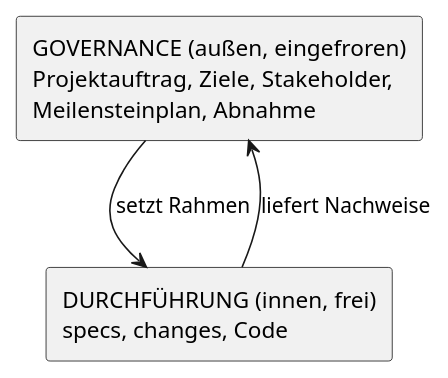
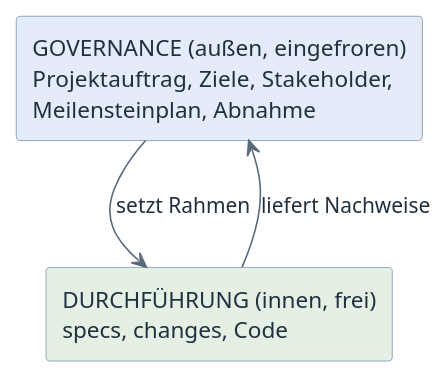
The diagram in templates/governance/antragsfelder-und-openspec.adoc (htl-leonding-college/curriculum-syp3), drawn with PlantUML before and after one commit. The commit also changed other lines of this file and 6 other files, not shown here.

```diff
--- a/templates/governance/antragsfelder-und-openspec.adoc
+++ b/templates/governance/antragsfelder-und-openspec.adoc
@@ -20,11 +20,14 @@
 [plantuml,ebenen,svg]
 ----
 @startuml
-skinparam monochrome true
+<style>
+element { BackgroundColor #EDF3FA; LineColor #7C93AD; FontColor #21303F }
+arrow { LineColor #5A6B7D; FontColor #21303F }
+</style>
 skinparam shadowing false
-rectangle "GOVERNANCE (außen, eingefroren)\nProjektauftrag, Ziele, Stakeholder,\nMeilensteinplan, Abnahme" as G
-rectangle "DURCHFÜHRUNG (innen, frei)\nspecs, changes, Code" as D
+rectangle "GOVERNANCE (außen, eingefroren)\nProjektauftrag, Ziele, Stakeholder,\nMeilensteinplan, Abnahme" as G #E3ECF8
+rectangle "DURCHFÜHRUNG (innen, frei)\nspecs, changes, Code" as D #E4F0E4
 G -down-> D : setzt Rahmen
 D -up-> G : liefert Nachweise
 @enduml
 ----
```
